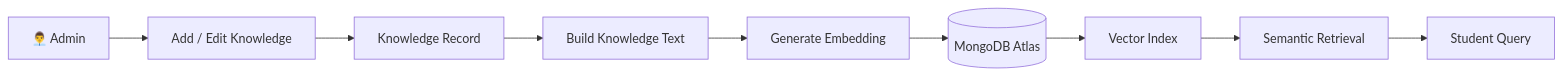
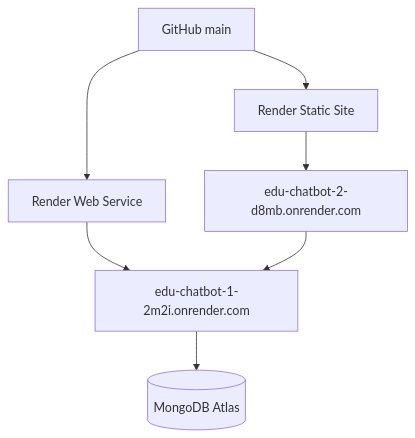
The fourth of 4 diagrams in README.md (abhikumar19999999-maker/edu-chatbot), drawn with Mermaid before and after one commit. The commit also changed other lines of this file, not shown here.

Commit message:
Rewrite README for current EduBot research architecture

````diff
--- a/README.md
+++ b/README.md
@@ -345,19 +550,10 @@
 ```mermaid
-flowchart LR
-
-    A[👨‍💼 Admin] --> B[Add / Edit Knowledge]
-
-    B --> C[Knowledge Record]
-
-    C --> D[Build Knowledge Text]
-
-    D --> E[Generate Embedding]
-
-    E --> F[(MongoDB Atlas)]
-
-    F --> G[Vector Index]
-
-    G --> H[Semantic Retrieval]
-
-    H --> I[Student Query]
+flowchart TB
+    G[GitHub main]
+    G --> F[Render Static Site]
+    G --> B[Render Web Service]
+    F --> UI[edu-chatbot-2-d8mb.onrender.com]
+    B --> API[edu-chatbot-1-2m2i.onrender.com]
+    API --> DB[(MongoDB Atlas)]
+    UI --> API
 ```
````
